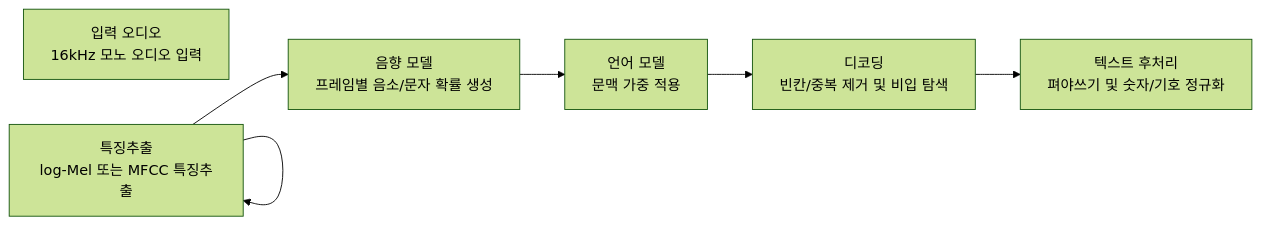
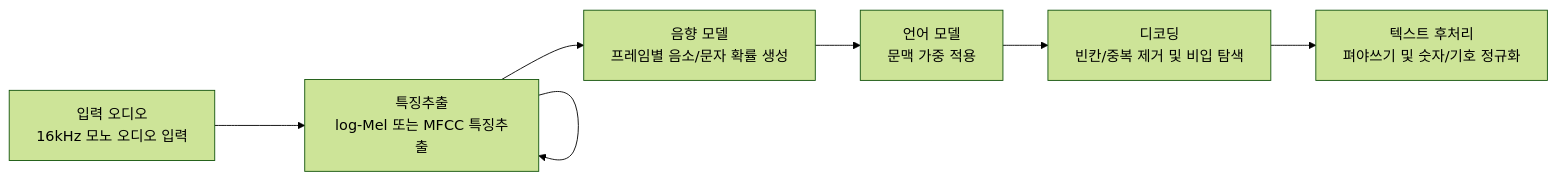
One commit to simpleego/AI_Perso changed the diagram in 2) 음성 데이터 TTS와 STT 음성 모델 개발/source/code01.md. Above: the diagram before and after it, drawn with Mermaid (forest theme).

````diff
--- a/2) 음성 데이터 TTS와 STT 음성 모델 개발/source/code01.md
+++ b/2) 음성 데이터 TTS와 STT 음성 모델 개발/source/code01.md
@@ -3,9 +3,9 @@
 ```mermaid
 graph LR
-    A["입력 오디오<br/>16kHz 모노 오디오 입력"] 
+    A["입력 오디오<br/>16kHz 모노 오디오 입력"] --->
     B --> B["특징추출<br/>log-Mel 또는 MFCC 특징추출"]
     B --> C["음향 모델<br/>프레임별 음소/문자 확률 생성"]
     C --> D["언어 모델<br/>문맥 가중 적용"]
     D --> E["디코딩<br/>빈칸/중복 제거 및 비입 탐색"]
     E --> F["텍스트 후처리<br/>펴야쓰기 및 숫자/기호 정규화"]
 ```
````
